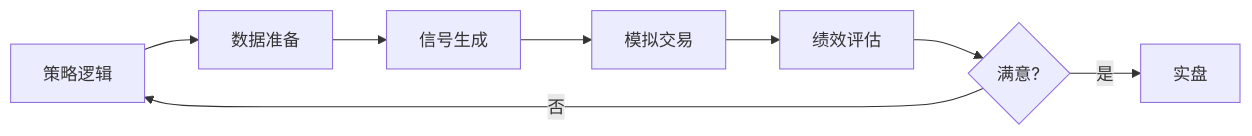
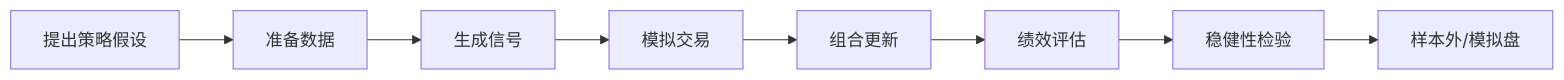
Before and after one commit to Cthaat/Obsidian: the first of 2 diagrams in quant-wiki-notes/入门教程/阶段三-量化思维与系统化投资/回测方法论.md, drawn with Mermaid. The commit also changed other lines of this file and 10 other files, not shown here.

````diff
--- a/quant-wiki-notes/入门教程/阶段三-量化思维与系统化投资/回测方法论.md
+++ b/quant-wiki-notes/入门教程/阶段三-量化思维与系统化投资/回测方法论.md
@@ -17,10 +39,10 @@
 ```mermaid
 graph LR
-    A[策略逻辑] --> B[数据准备]
-    B --> C[信号生成]
+    A[提出策略假设] --> B[准备数据]
+    B --> C[生成信号]
     C --> D[模拟交易]
-    D --> E[绩效评估]
-    E --> F{满意?}
-    F -->|是| G[实盘]
-    F -->|否| A
+    D --> E[组合更新]
+    E --> F[绩效评估]
+    F --> G[稳健性检验]
+    G --> H[样本外/模拟盘]
 ```
````
